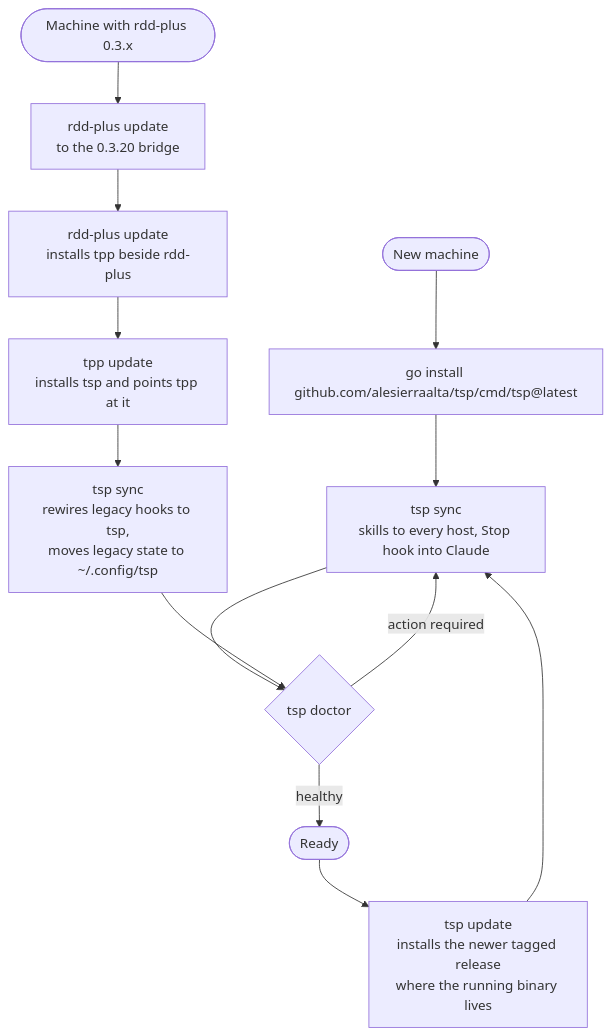
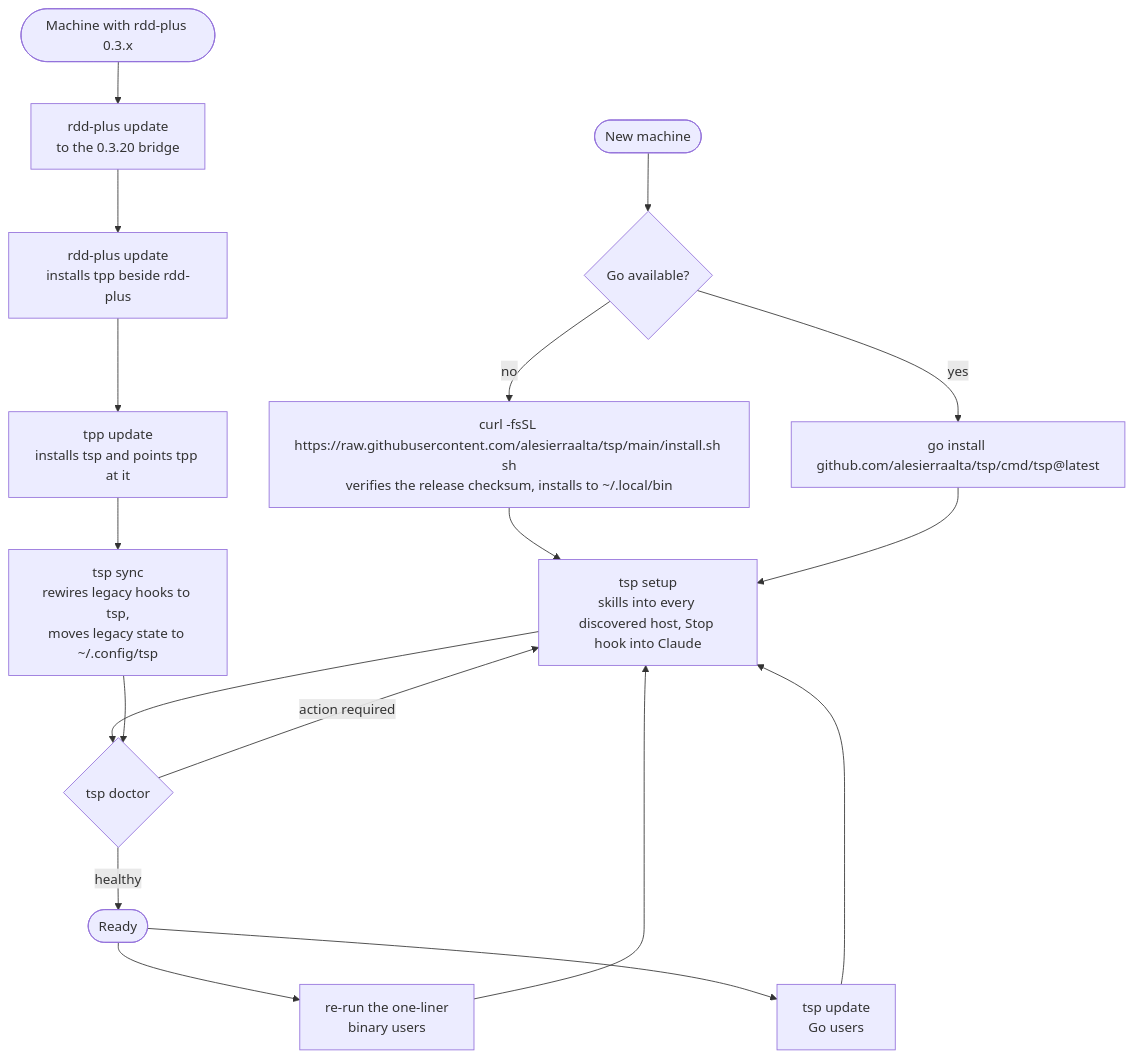
One commit to alesierraalta/tsp changed the fourth of 5 diagrams in README.md. Above: the diagram before and after it, drawn with Mermaid. The commit also changed other lines of this file, not shown here.

First line of the commit message:
docs: give agents a setup prompt that states what done means

````diff
--- a/README.md
+++ b/README.md
@@ -140,15 +140,20 @@
 ```mermaid
 flowchart TD
-    new([New machine]) --> install[go install github.com/alesierraalta/tsp/cmd/tsp@latest]
-    install --> sync[tsp sync<br/>skills to every host, Stop hook into Claude]
-    sync --> doctor{tsp doctor}
+    new([New machine]) --> choice{Go available?}
+    choice -- no --> bin[curl -fsSL https://raw.githubusercontent.com/alesierraalta/tsp/main/install.sh sh<br/>verifies the release checksum, installs to ~/.local/bin]
+    choice -- yes --> goinstall[go install github.com/alesierraalta/tsp/cmd/tsp@latest]
+    bin --> setup[tsp setup<br/>skills into every discovered host, Stop hook into Claude]
+    goinstall --> setup
+    setup --> doctor{tsp doctor}
     doctor -- healthy --> use([Ready])
-    doctor -- action required --> sync
-    use --> update[tsp update<br/>installs the newer tagged release<br/>where the running binary lives]
-    update --> sync
+    doctor -- "action required" --> setup
+    use --> binupdate[re-run the one-liner<br/>binary users]
+    use --> goupdate[tsp update<br/>Go users]
+    binupdate --> setup
+    goupdate --> setup
     old([Machine with rdd-plus 0.3.x]) --> bridge[rdd-plus update<br/>to the 0.3.20 bridge]
     bridge --> bridge2[rdd-plus update<br/>installs tpp beside rdd-plus]
     bridge2 --> tspbridge[tpp update<br/>installs tsp and points tpp at it]
     tspbridge --> migrate[tsp sync<br/>rewires legacy hooks to tsp,<br/>moves legacy state to ~/.config/tsp]
     migrate --> doctor
 ```
````
